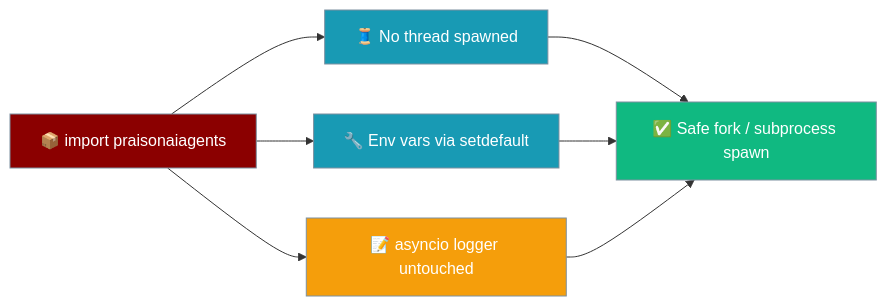
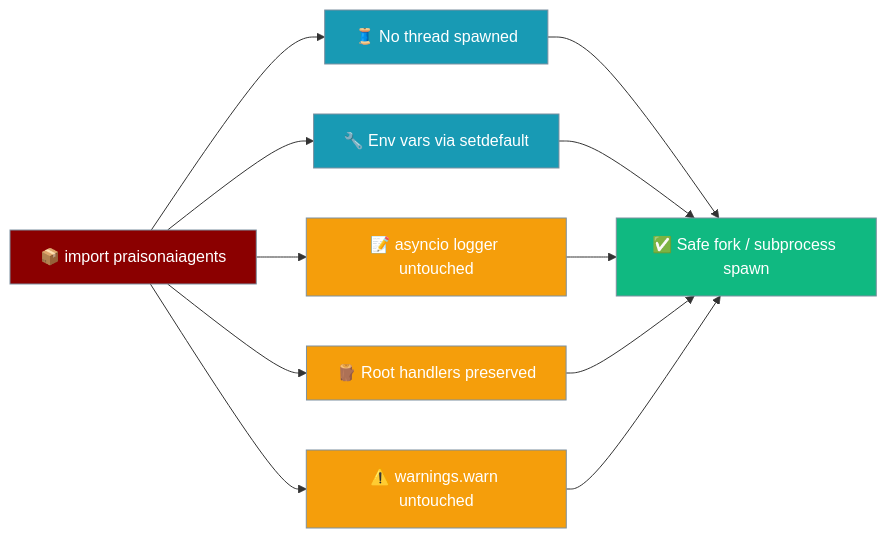
Before and after one commit to MervinPraison/PraisonAIDocs: the diagram in docs/features/python-import-safety.mdx, drawn with Mermaid. The commit also changed other lines of this file and 3 other files, not shown here.

````diff
--- a/docs/features/python-import-safety.mdx
+++ b/docs/features/python-import-safety.mdx
@@ -20,19 +20,23 @@
 ```mermaid
 graph LR
     Import[📦 import praisonaiagents] --> NoThread[🧵 No thread spawned]
     Import --> EnvVars[🔧 Env vars via setdefault]
     Import --> Asyncio[📝 asyncio logger untouched]
+    Import --> Root[🪵 Root handlers preserved]
+    Import --> Warn[⚠️ warnings.warn untouched]
     NoThread --> Fork[✅ Safe fork / subprocess spawn]
     EnvVars --> Fork
     Asyncio --> Fork
+    Root --> Fork
+    Warn --> Fork
 
     classDef input fill:#8B0000,stroke:#7C90A0,color:#fff
     classDef process fill:#189AB4,stroke:#7C90A0,color:#fff
     classDef warn fill:#F59E0B,stroke:#7C90A0,color:#fff
     classDef output fill:#10B981,stroke:#7C90A0,color:#fff
 
     class Import input
     class NoThread,EnvVars process
-    class Asyncio warn
+    class Asyncio,Root,Warn warn
     class Fork output
 ```
````
